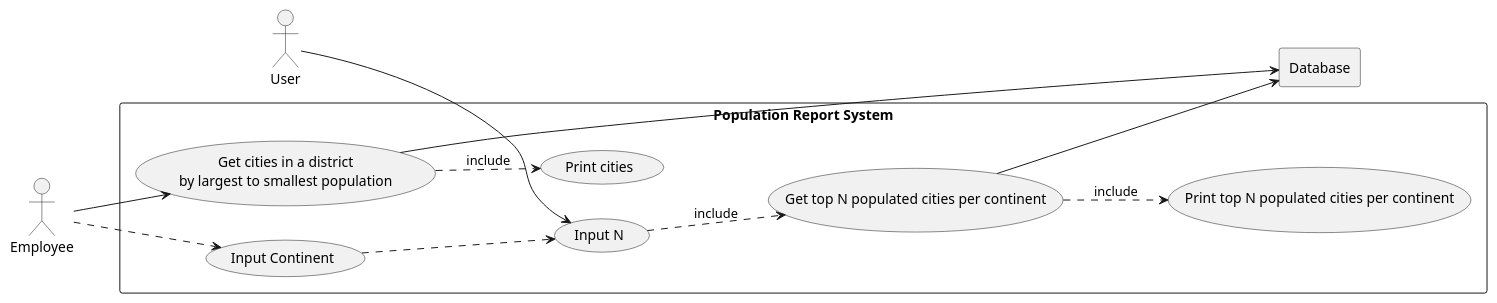
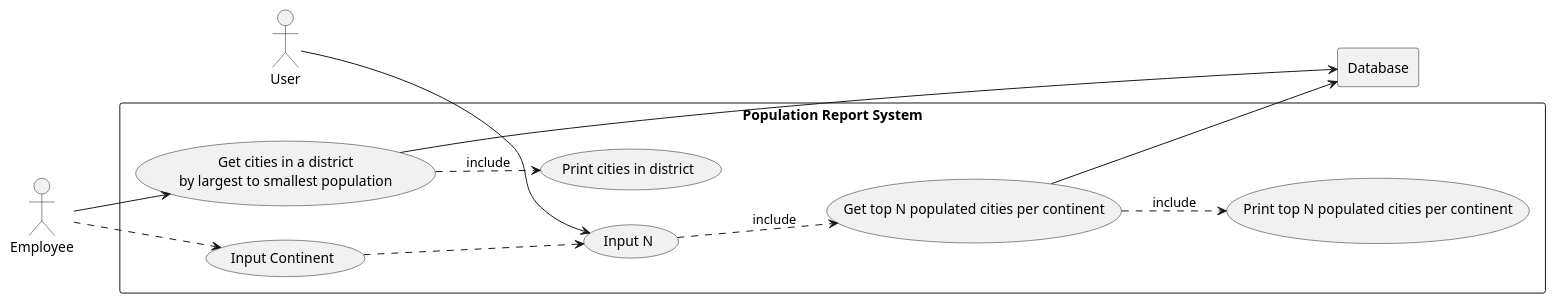
The diagram in use-cases/Population Report System.puml (KelvinPompey-40718390/sem-project-group6), drawn with PlantUML before and after one commit.

Commit message:
Merged develop

```diff
--- a/use-cases/Population Report System.puml
+++ b/use-cases/Population Report System.puml
@@ -1,34 +1,34 @@
 @startuml
 left to right direction
 actor E as "Employee"
 
 actor U as "User"
 
 rectangle "Population Report System" {
     usecase UC11 as "Get cities in a district
     by largest to smallest population"
 
-    usecase UC11a as "Print cities"
+    usecase UC11a as "Print cities in district"
 
     usecase UC13 as "Get top N populated cities per continent"
 
     usecase UC13b as "Input N"
     usecase UC13c as "Input Continent"
     usecase UC13a as "Print top N populated cities per continent"
 }
 rectangle Database
 
 E --> UC11
 UC11 ..> UC11a : include
 UC11 --> Database
 
 U --> UC13b
 E ..> UC13c
 UC13c ..> UC13b
 UC13b ..> UC13 : include
 
 UC13 ..> UC13a : include
 UC13 --> Database
 
 
 @enduml
```
